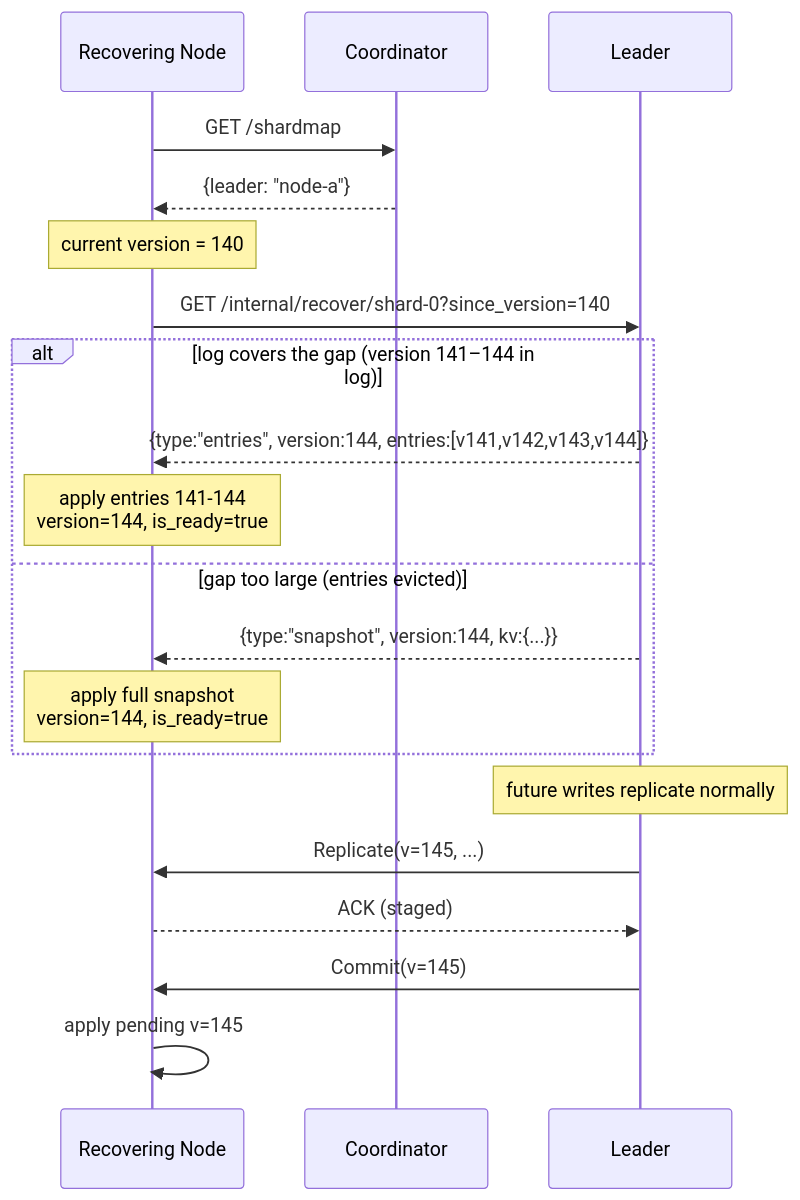
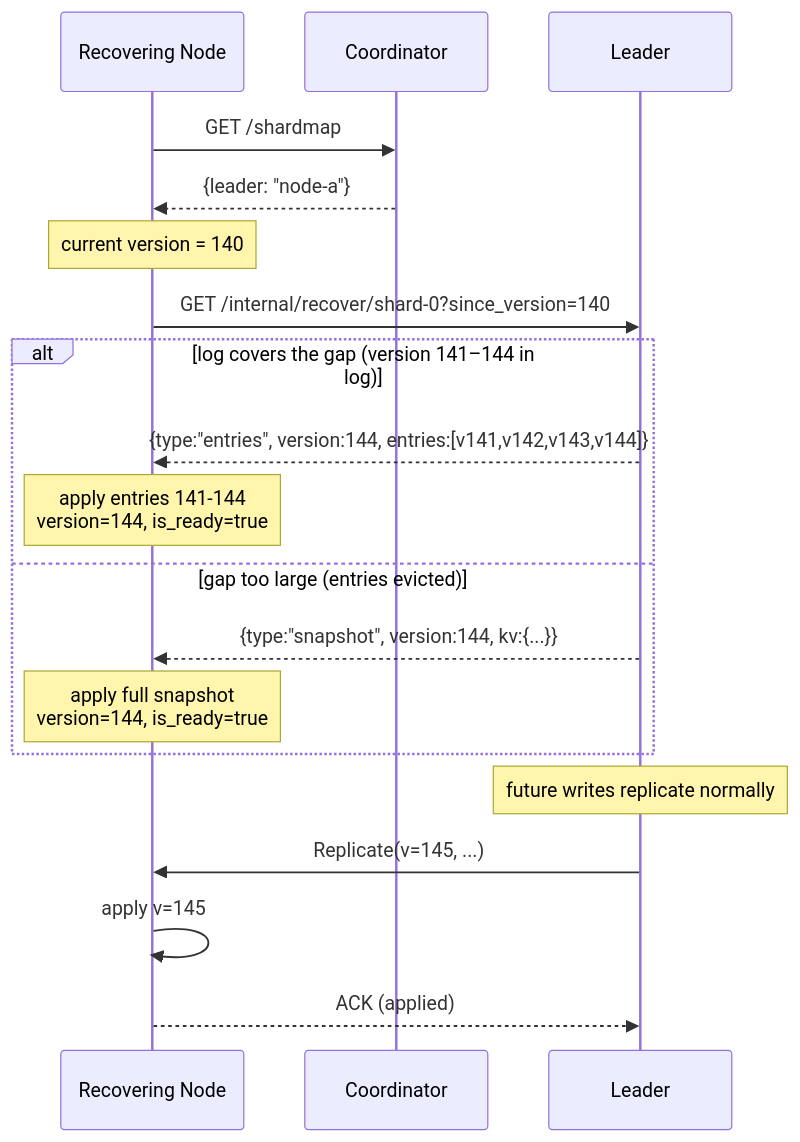
The eighth of 9 diagrams in docs/replication.md (davecarr1024/doki), drawn with Mermaid before and after one commit. The commit also changed other lines of this file and 15 other files, not shown here.

````diff
--- a/docs/replication.md
+++ b/docs/replication.md
@@ -229,26 +225,25 @@
 ```mermaid
 sequenceDiagram
     participant R as Recovering Node
     participant CO as Coordinator
     participant L as Leader
 
     R->>CO: GET /shardmap
     CO-->>R: {leader: "node-a"}
 
     note over R: current version = 140
     R->>L: GET /internal/recover/shard-0?since_version=140
 
     alt log covers the gap (version 141–144 in log)
         L-->>R: {type:"entries", version:144, entries:[v141,v142,v143,v144]}
         note over R: apply entries 141-144<br/>version=144, is_ready=true
     else gap too large (entries evicted)
         L-->>R: {type:"snapshot", version:144, kv:{...}}
         note over R: apply full snapshot<br/>version=144, is_ready=true
     end
 
     note over L: future writes replicate normally
     L->>R: Replicate(v=145, ...)
-    R-->>L: ACK (staged)
-    L->>R: Commit(v=145)
-    R->>R: apply pending v=145
+    R->>R: apply v=145
+    R-->>L: ACK (applied)
 ```
````
